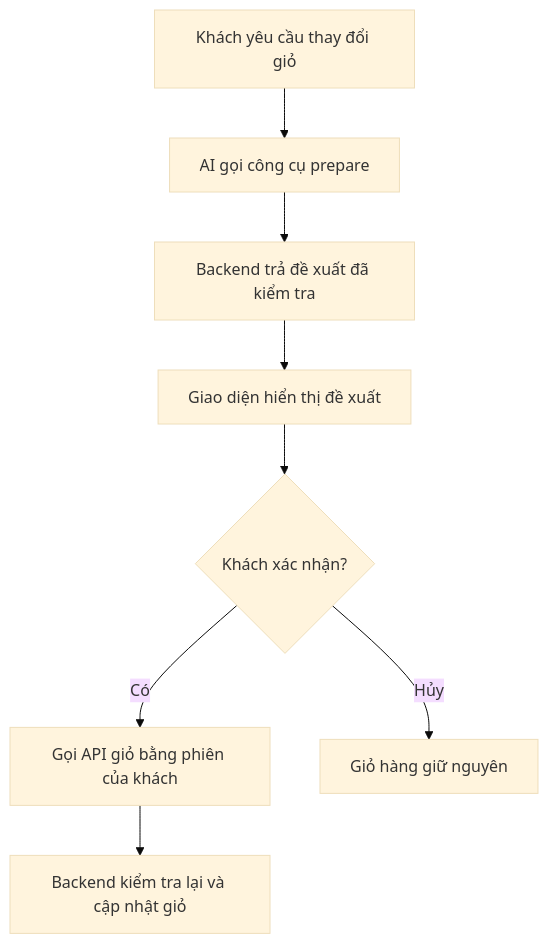
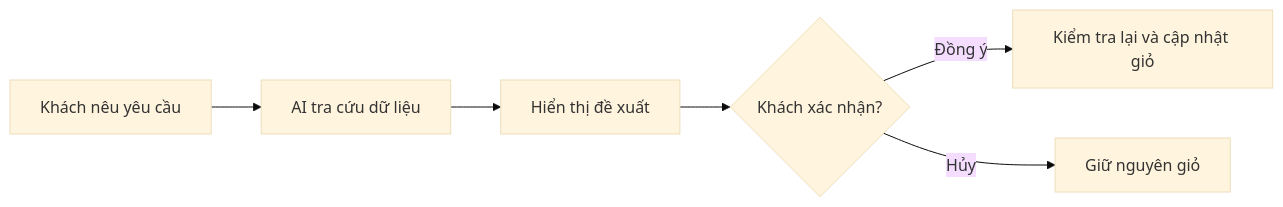
The first of 3 diagrams in README.md (dlixi-90/velours), drawn with Mermaid (base theme) before and after one commit. The commit also changed other lines of this file and 1 other file, not shown here.

````diff
--- a/README.md
+++ b/README.md
@@ -400,10 +110,8 @@
 ```mermaid
-flowchart TD
-    A[Khách yêu cầu thay đổi giỏ] --> B[AI gọi công cụ prepare]
-    B --> C[Backend trả đề xuất đã kiểm tra]
-    C --> D[Giao diện hiển thị đề xuất]
-    D --> E{Khách xác nhận?}
-    E -->|Có| F[Gọi API giỏ bằng phiên của khách]
-    F --> G[Backend kiểm tra lại và cập nhật giỏ]
-    E -->|Hủy| H[Giỏ hàng giữ nguyên]
+flowchart LR
+    A[Khách nêu yêu cầu] --> B[AI tra cứu dữ liệu]
+    B --> C[Hiển thị đề xuất]
+    C --> D{Khách xác nhận?}
+    D -->|Đồng ý| E[Kiểm tra lại và cập nhật giỏ]
+    D -->|Hủy| F[Giữ nguyên giỏ]
 ```
````
